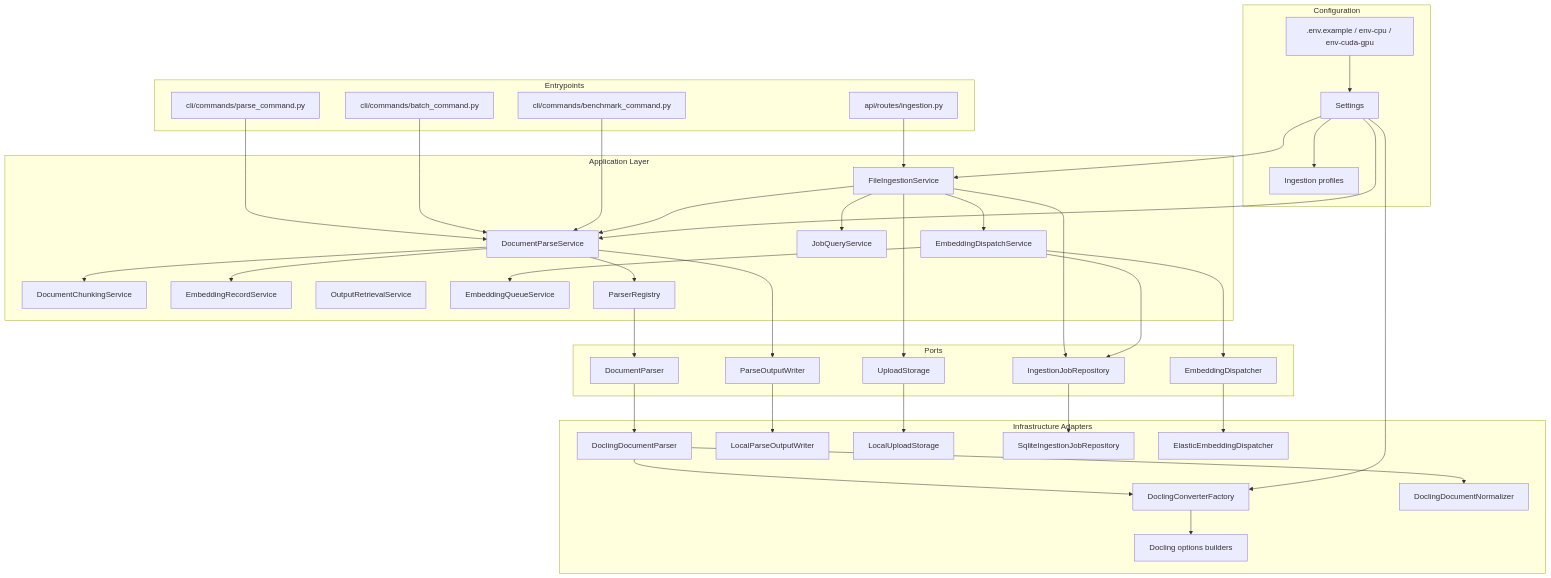
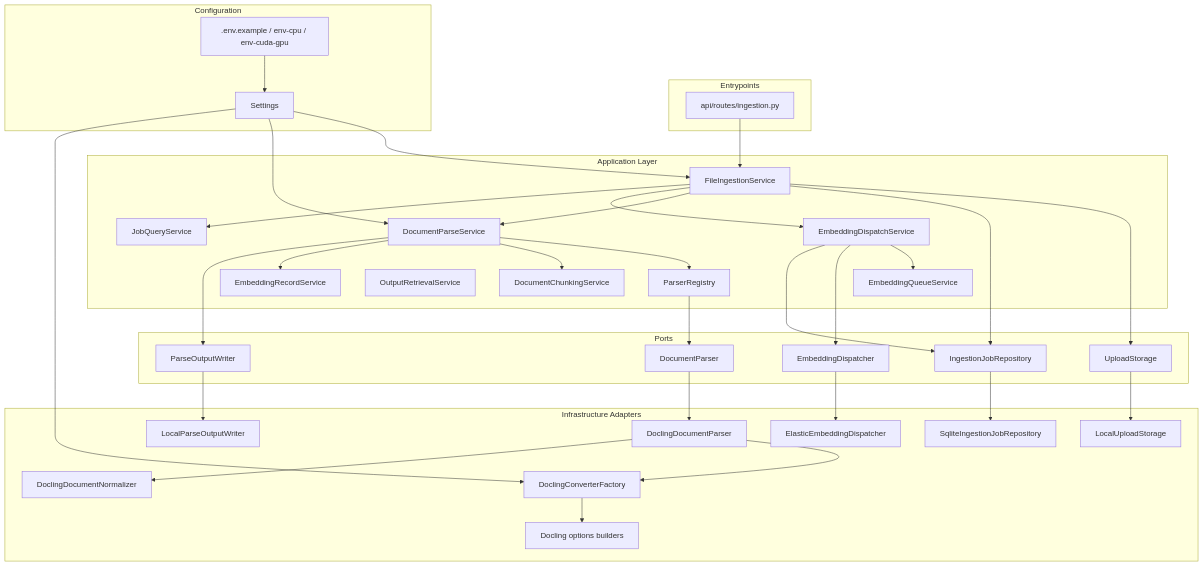
The second of 7 diagrams in docs/architecture-diagram.md (alrolo3/ingest-orquestator-service), drawn with Mermaid before and after one commit. The commit also changed other lines of this file and 48 other files, not shown here.

````diff
--- a/docs/architecture-diagram.md
+++ b/docs/architecture-diagram.md
@@ -27,82 +25,74 @@
 ```mermaid
 flowchart TB
     subgraph Entrypoints["Entrypoints"]
         FastAPI["api/routes/ingestion.py"]
-        CLIParse["cli/commands/parse_command.py"]
-        CLIBatch["cli/commands/batch_command.py"]
-        CLIBenchmark["cli/commands/benchmark_command.py"]
     end
 
     subgraph Application["Application Layer"]
         FileIngestion["FileIngestionService"]
         ParseService["DocumentParseService"]
         Chunking["DocumentChunkingService"]
         Embedding["EmbeddingRecordService"]
         OutputRetrieval["OutputRetrievalService"]
         JobQuery["JobQueryService"]
         EmbeddingQueue["EmbeddingQueueService"]
         EmbeddingDispatch["EmbeddingDispatchService"]
         Registry["ParserRegistry"]
     end
 
     subgraph Ports["Ports"]
         ParserPort["DocumentParser"]
         WriterPort["ParseOutputWriter"]
         UploadPort["UploadStorage"]
         JobRepoPort["IngestionJobRepository"]
         EmbeddingPort["EmbeddingDispatcher"]
     end
 
     subgraph Infrastructure["Infrastructure Adapters"]
         DoclingParser["DoclingDocumentParser"]
         ConverterFactory["DoclingConverterFactory"]
         DoclingOptions["Docling options builders"]
         Normalizer["DoclingDocumentNormalizer"]
         Writer["LocalParseOutputWriter"]
         Uploads["LocalUploadStorage"]
         SQLite["SqliteIngestionJobRepository"]
         ElasticDispatch["ElasticEmbeddingDispatcher"]
     end
 
     subgraph Config["Configuration"]
         Settings["Settings"]
-        Profiles["Ingestion profiles"]
         EnvFiles[".env.example / env-cpu / env-cuda-gpu"]
     end
 
     FastAPI --> FileIngestion
-    CLIParse --> ParseService
-    CLIBatch --> ParseService
-    CLIBenchmark --> ParseService
 
     FileIngestion --> UploadPort
     FileIngestion --> JobRepoPort
     FileIngestion --> ParseService
     FileIngestion --> EmbeddingDispatch
     FileIngestion --> JobQuery
 
     ParseService --> Registry
     ParseService --> Chunking
     ParseService --> Embedding
     ParseService --> WriterPort
 
     Registry --> ParserPort
     ParserPort --> DoclingParser
     WriterPort --> Writer
     UploadPort --> Uploads
     JobRepoPort --> SQLite
     EmbeddingPort --> ElasticDispatch
     EmbeddingDispatch --> EmbeddingQueue
     EmbeddingDispatch --> EmbeddingPort
     EmbeddingDispatch --> JobRepoPort
 
     DoclingParser --> ConverterFactory
     DoclingParser --> Normalizer
     ConverterFactory --> DoclingOptions
 
-    Settings --> Profiles
     EnvFiles --> Settings
     Settings --> FileIngestion
     Settings --> ParseService
     Settings --> ConverterFactory
 ```
````
